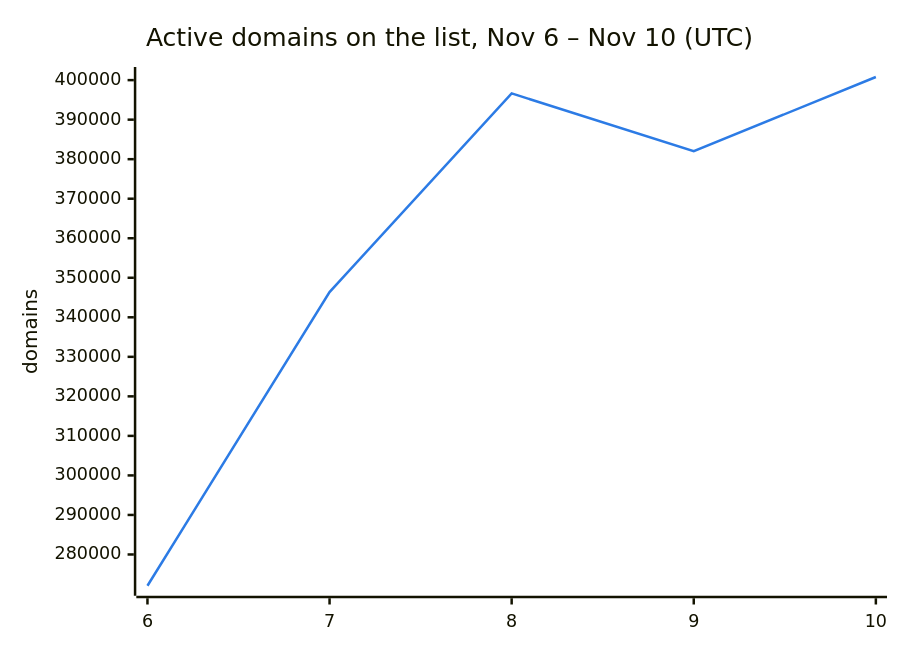
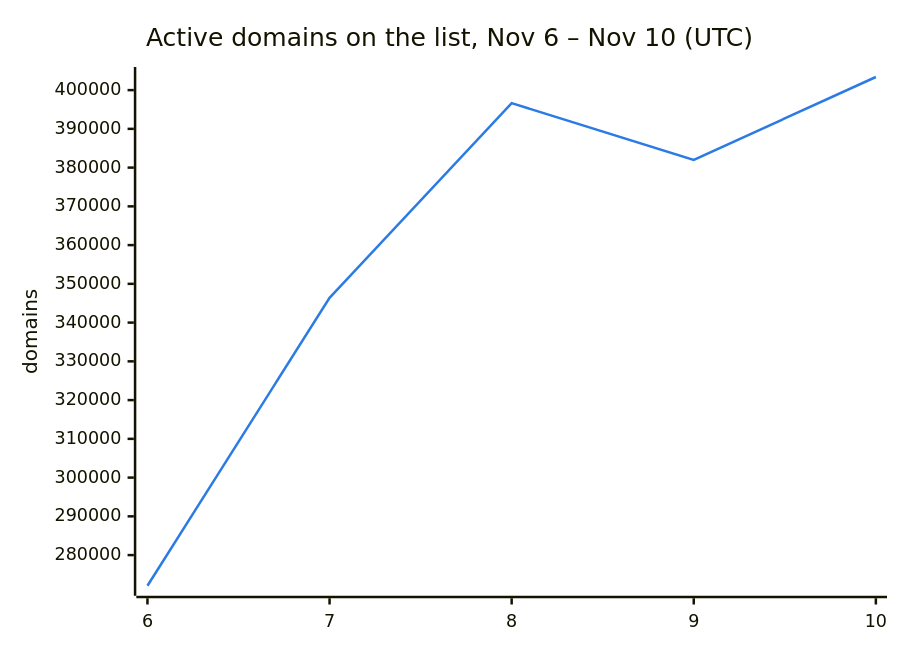
The second of 3 diagrams in README.md (DNSBunker/CTI), drawn with Mermaid before and after one commit. The commit also changed other lines of this file and 3 other files, not shown here.

````diff
--- a/README.md
+++ b/README.md
@@ -38,8 +38,8 @@
 ```mermaid
 %%{init: {"themeVariables": {"xyChart": {"plotColorPalette": "#2c7be5"}}}}%%
 xychart-beta
     title "Active domains on the list, Nov 6 – Nov 10 (UTC)"
     x-axis ["6", "7", "8", "9", "10"]
     y-axis "domains"
-    line [272088, 346388, 396638, 382009, 400789]
+    line [272088, 346388, 396638, 382009, 403384]
 ```
````
